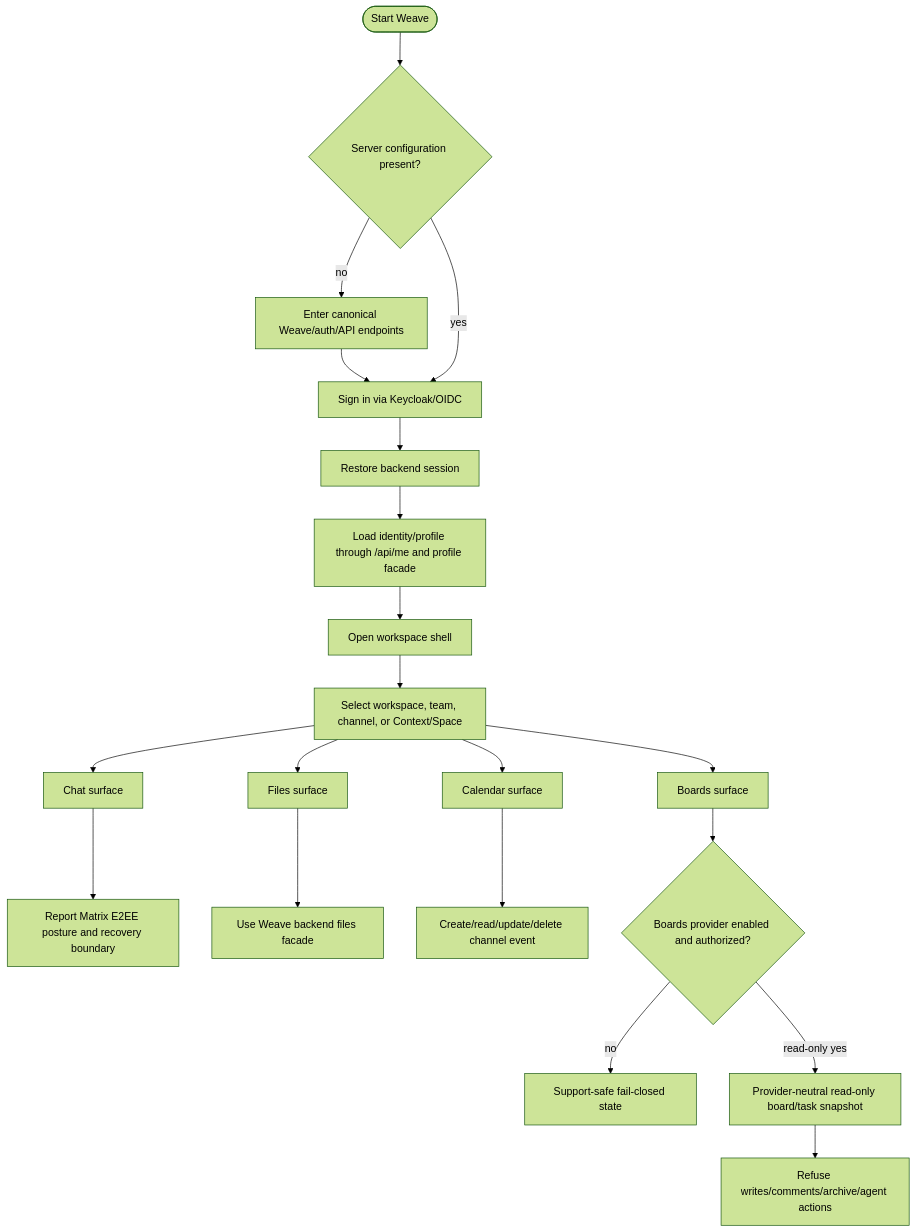
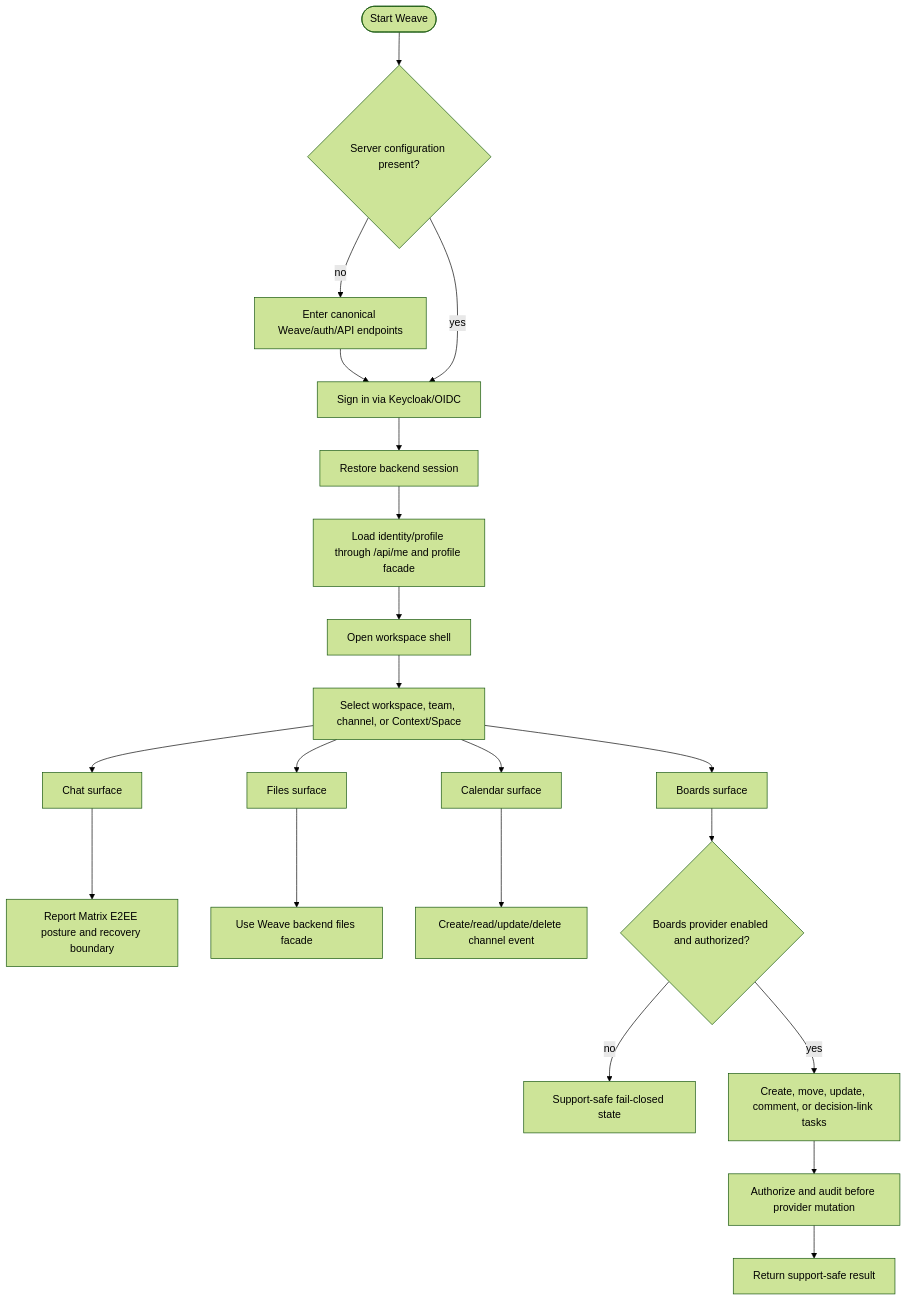
One commit to masssi164/weave changed the first of 8 diagrams in docs/product-acceptance-flows.md. Above: the diagram before and after it, drawn with Mermaid (forest theme). The commit also changed other lines of this file and 569 other files, not shown here.

````diff
--- a/docs/product-acceptance-flows.md
+++ b/docs/product-acceptance-flows.md
@@ -11,22 +11,23 @@
 ```mermaid
 flowchart TD
   Start([Start Weave]) --> Config{Server configuration present?}
   Config -- no --> Setup[Enter canonical Weave/auth/API endpoints]
   Setup --> SignIn
   Config -- yes --> SignIn[Sign in via Keycloak/OIDC]
   SignIn --> Session[Restore backend session]
   Session --> Me[Load identity/profile through /api/me and profile facade]
   Me --> Shell[Open workspace shell]
   Shell --> Context[Select workspace, team, channel, or Context/Space]
   Context --> Chat[Chat surface]
   Context --> Files[Files surface]
   Context --> Calendar[Calendar surface]
   Context --> Boards[Boards surface]
   Chat --> E2EE[Report Matrix E2EE posture and recovery boundary]
   Files --> FilesFacade[Use Weave backend files facade]
   Calendar --> ChannelEvent[Create/read/update/delete channel event]
   Boards --> BoardGate{Boards provider enabled and authorized?}
   BoardGate -- no --> FailClosed[Support-safe fail-closed state]
-  BoardGate -- read-only yes --> ReadOnly[Provider-neutral read-only board/task snapshot]
-  ReadOnly --> RefuseWrites[Refuse writes/comments/archive/agent actions]
+  BoardGate -- yes --> BoardWork[Create, move, update, comment, or decision-link tasks]
+  BoardWork --> Audit[Authorize and audit before provider mutation]
+  Audit --> Result[Return support-safe result]
 ```
````
